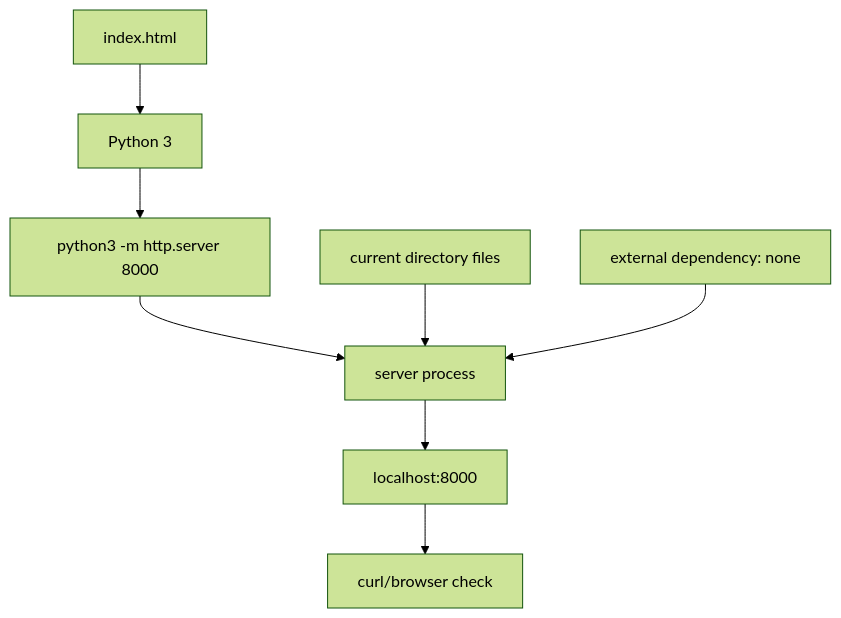
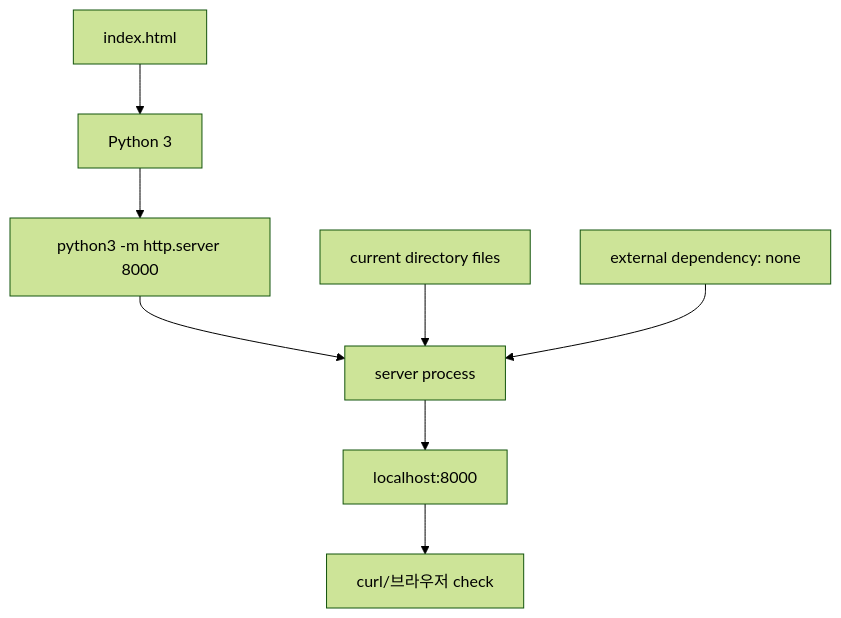
The diagram in week1/day3/lesson-03.md (HwantaLee/w3d3-github-actions-dockerhub), drawn with Mermaid (forest theme) before and after one commit. The commit also changed other lines of this file and 15 other files, not shown here.

````diff
--- a/week1/day3/lesson-03.md
+++ b/week1/day3/lesson-03.md
@@ -46,10 +59,10 @@
 ```mermaid
 flowchart TD
     Source[index.html] --> Runtime[Python 3]
     Runtime --> Command[python3 -m http.server 8000]
     Command --> Process[server process]
     Process --> Port[localhost:8000]
-    Port --> Check[curl/browser check]
+    Port --> Check[curl/브라우저 check]
     Data[current directory files] --> Process
     Dependency[external dependency: none] --> Process
 ```
````
